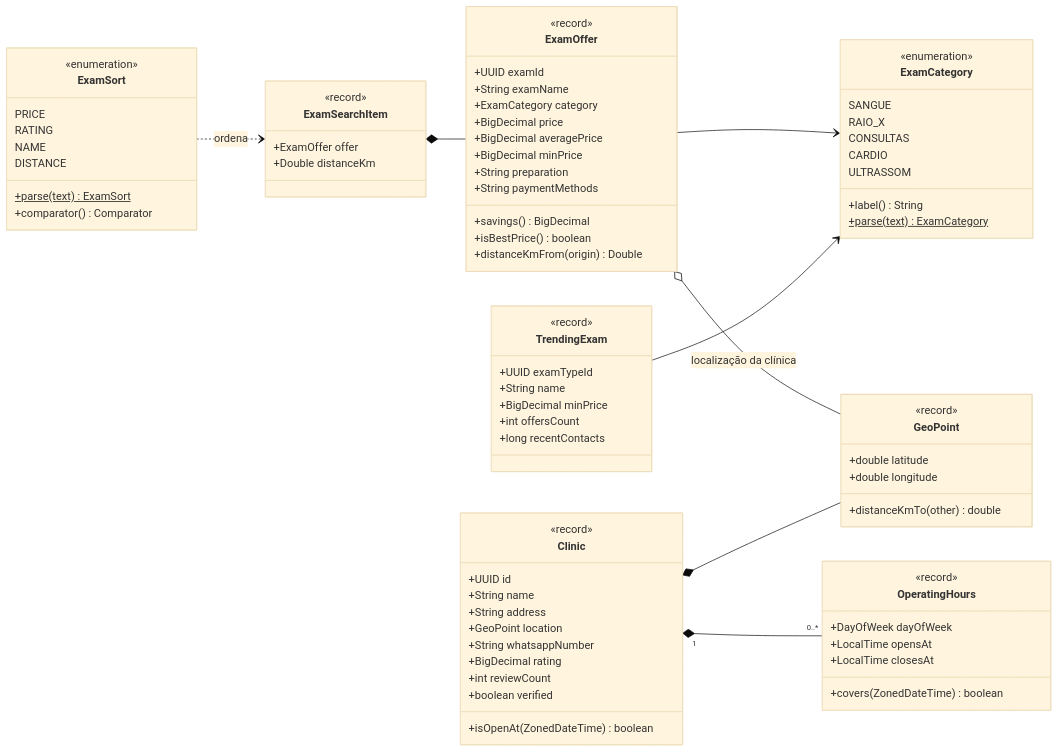
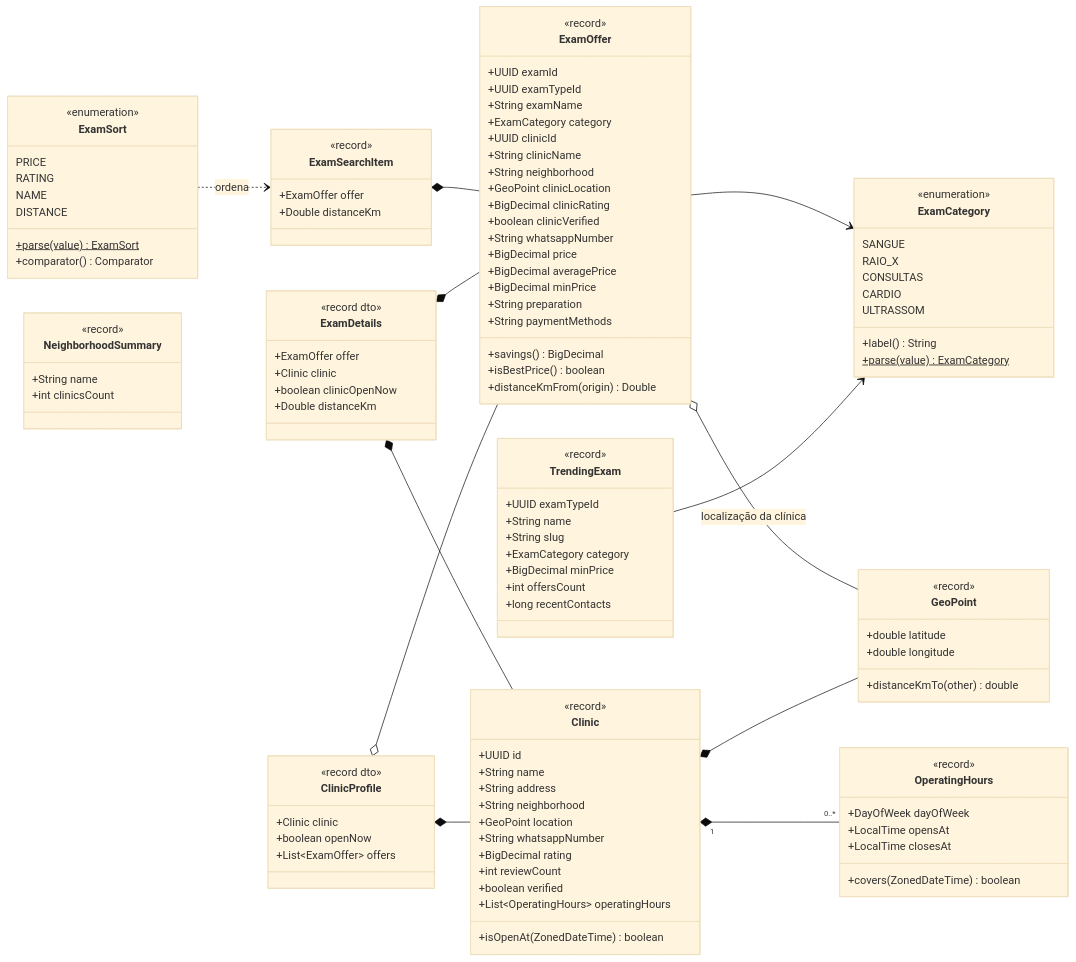
The fifth of 8 diagrams in docs/06-arquitetura-e-classes.md (MarcioFerreiraL/clinics-backend), drawn with Mermaid (base theme) before and after one commit. The commit also changed other lines of this file and 1 other file, not shown here.

First line of the commit message:
docs: arquitetura em camadas e diagramas atualizados

````diff
--- a/docs/06-arquitetura-e-classes.md
+++ b/docs/06-arquitetura-e-classes.md
@@ -136,8 +345,16 @@
     class ExamOffer {
         <<record>>
         +UUID examId
+        +UUID examTypeId
         +String examName
         +ExamCategory category
+        +UUID clinicId
+        +String clinicName
+        +String neighborhood
+        +GeoPoint clinicLocation
+        +BigDecimal clinicRating
+        +boolean clinicVerified
+        +String whatsappNumber
         +BigDecimal price
         +BigDecimal averagePrice
         +BigDecimal minPrice
@@ -152,11 +369,13 @@
         +UUID id
         +String name
         +String address
+        +String neighborhood
         +GeoPoint location
         +String whatsappNumber
         +BigDecimal rating
         +int reviewCount
         +boolean verified
+        +List~OperatingHours~ operatingHours
         +isOpenAt(ZonedDateTime) boolean
     }
     class OperatingHours {
@@ -180,7 +399,7 @@
         CARDIO
         ULTRASSOM
         +label() String
-        +parse(text)$ ExamCategory
+        +parse(value)$ ExamCategory
     }
     class ExamSort {
         <<enumeration>>
@@ -188,7 +407,7 @@
         RATING
         NAME
         DISTANCE
-        +parse(text)$ ExamSort
+        +parse(value)$ ExamSort
         +comparator() Comparator
     }
     class ExamSearchItem {
@@ -200,9 +419,29 @@
         <<record>>
         +UUID examTypeId
         +String name
+        +String slug
+        +ExamCategory category
         +BigDecimal minPrice
         +int offersCount
         +long recentContacts
+    }
+    class NeighborhoodSummary {
+        <<record>>
+        +String name
+        +int clinicsCount
+    }
+    class ExamDetails {
+        <<record dto>>
+        +ExamOffer offer
+        +Clinic clinic
+        +boolean clinicOpenNow
+        +Double distanceKm
+    }
+    class ClinicProfile {
+        <<record dto>>
+        +Clinic clinic
+        +boolean openNow
+        +List~ExamOffer~ offers
     }
     ExamOffer --> ExamCategory
     ExamOffer o-- GeoPoint : localização da clínica
@@ -211,4 +450,8 @@
     ExamSearchItem *-- ExamOffer
     ExamSort ..> ExamSearchItem : ordena
     TrendingExam --> ExamCategory
+    ExamDetails *-- ExamOffer
+    ExamDetails *-- Clinic
+    ClinicProfile *-- Clinic
+    ClinicProfile o-- ExamOffer
 ```
````
